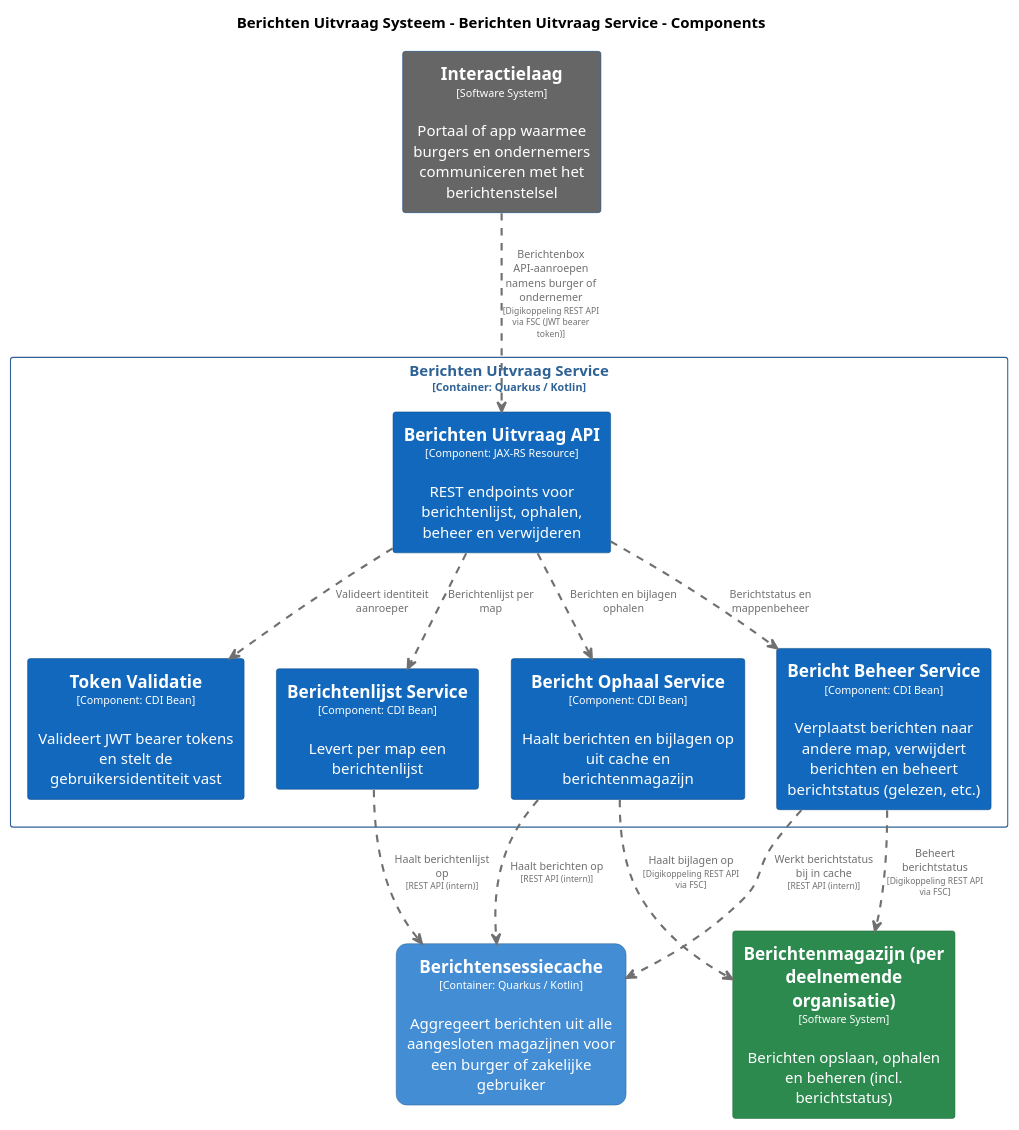
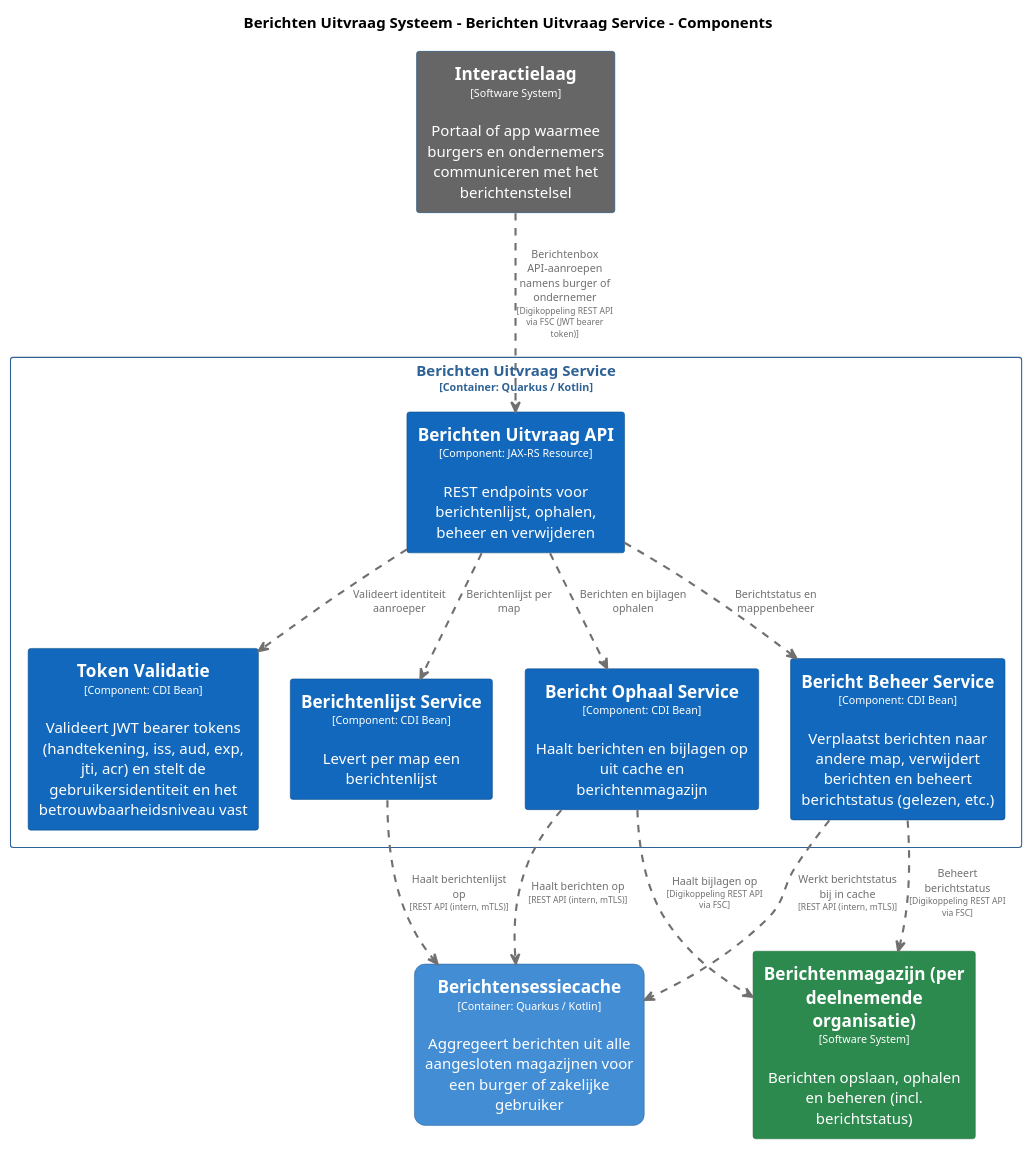
One commit to MinBZK/moza-poc-fbs-berichtenbox changed the diagram in pr-preview/pr-22/master/puml/BerichtenUitvraagServiceComponenten.puml. Above: the diagram before and after it, drawn with PlantUML. The commit also changed 40 other files, not shown here.

```diff
--- a/pr-preview/pr-22/master/puml/BerichtenUitvraagServiceComponenten.puml
+++ b/pr-preview/pr-22/master/puml/BerichtenUitvraagServiceComponenten.puml
@@ -1,95 +1,95 @@
 @startuml
 set separator none
 title Berichten Uitvraag Systeem - Berichten Uitvraag Service - Components
 
 top to bottom direction
 skinparam ranksep 60
 skinparam nodesep 30
 
 skinparam {
   arrowFontSize 10
   defaultTextAlignment center
   wrapWidth 200
   maxMessageSize 100
 }
 
 hide stereotype
 
 skinparam rectangle<<BerichtenUitvraagSysteem.BerichtenUitvraagService.BerichtBeheerService>> {
   BackgroundColor #1168bd
   FontColor #ffffff
   BorderColor #0b4884
   shadowing false
 }
 skinparam rectangle<<BerichtenUitvraagSysteem.BerichtenUitvraagService.BerichtOphaalService>> {
   BackgroundColor #1168bd
   FontColor #ffffff
   BorderColor #0b4884
   shadowing false
 }
 skinparam rectangle<<BerichtenUitvraagSysteem.BerichtenUitvraagService.BerichtenUitvraagAPI>> {
   BackgroundColor #1168bd
   FontColor #ffffff
   BorderColor #0b4884
   shadowing false
 }
 skinparam rectangle<<BerichtenUitvraagSysteem.BerichtenUitvraagService.BerichtenlijstService>> {
   BackgroundColor #1168bd
   FontColor #ffffff
   BorderColor #0b4884
   shadowing false
 }
 skinparam rectangle<<Berichtenmagazijnperdeelnemendeorganisatie>> {
   BackgroundColor #2d8a4e
   FontColor #ffffff
   BorderColor #1e6b38
   shadowing false
 }
 skinparam rectangle<<BerichtenUitvraagSysteem.Berichtensessiecache>> {
   BackgroundColor #438dd5
   FontColor #ffffff
   BorderColor #2e6295
   roundCorner 20
   shadowing false
 }
 skinparam rectangle<<Interactielaag>> {
   BackgroundColor #666666
   FontColor #ffffff
   BorderColor #0b4884
   shadowing false
 }
 skinparam rectangle<<BerichtenUitvraagSysteem.BerichtenUitvraagService.TokenValidatie>> {
   BackgroundColor #1168bd
   FontColor #ffffff
   BorderColor #0b4884
   shadowing false
 }
 skinparam rectangle<<BerichtenUitvraagSysteem.BerichtenUitvraagService>> {
   BorderColor #2e6295
   FontColor #2e6295
   shadowing false
 }
 
 rectangle "==Interactielaag\n<size:10>[Software System]</size>\n\nPortaal of app waarmee burgers en ondernemers communiceren met het berichtenstelsel" <<Interactielaag>> as Interactielaag
 rectangle "==Berichtenmagazijn (per deelnemende organisatie)\n<size:10>[Software System]</size>\n\nBerichten opslaan, ophalen en beheren (incl. berichtstatus)" <<Berichtenmagazijnperdeelnemendeorganisatie>> as Berichtenmagazijnperdeelnemendeorganisatie
 rectangle "==Berichtensessiecache\n<size:10>[Container: Quarkus / Kotlin]</size>\n\nAggregeert berichten uit alle aangesloten magazijnen voor een burger of zakelijke gebruiker" <<BerichtenUitvraagSysteem.Berichtensessiecache>> as BerichtenUitvraagSysteem.Berichtensessiecache
 
 rectangle "Berichten Uitvraag Service\n<size:10>[Container: Quarkus / Kotlin]</size>" <<BerichtenUitvraagSysteem.BerichtenUitvraagService>> {
   rectangle "==Berichten Uitvraag API\n<size:10>[Component: JAX-RS Resource]</size>\n\nREST endpoints voor berichtenlijst, ophalen, beheer en verwijderen" <<BerichtenUitvraagSysteem.BerichtenUitvraagService.BerichtenUitvraagAPI>> as BerichtenUitvraagSysteem.BerichtenUitvraagService.BerichtenUitvraagAPI
-  rectangle "==Token Validatie\n<size:10>[Component: CDI Bean]</size>\n\nValideert JWT bearer tokens en stelt de gebruikersidentiteit vast" <<BerichtenUitvraagSysteem.BerichtenUitvraagService.TokenValidatie>> as BerichtenUitvraagSysteem.BerichtenUitvraagService.TokenValidatie
+  rectangle "==Token Validatie\n<size:10>[Component: CDI Bean]</size>\n\nValideert JWT bearer tokens (handtekening, iss, aud, exp, jti, acr) en stelt de gebruikersidentiteit en het betrouwbaarheidsniveau vast" <<BerichtenUitvraagSysteem.BerichtenUitvraagService.TokenValidatie>> as BerichtenUitvraagSysteem.BerichtenUitvraagService.TokenValidatie
   rectangle "==Berichtenlijst Service\n<size:10>[Component: CDI Bean]</size>\n\nLevert per map een berichtenlijst" <<BerichtenUitvraagSysteem.BerichtenUitvraagService.BerichtenlijstService>> as BerichtenUitvraagSysteem.BerichtenUitvraagService.BerichtenlijstService
   rectangle "==Bericht Ophaal Service\n<size:10>[Component: CDI Bean]</size>\n\nHaalt berichten en bijlagen op uit cache en berichtenmagazijn" <<BerichtenUitvraagSysteem.BerichtenUitvraagService.BerichtOphaalService>> as BerichtenUitvraagSysteem.BerichtenUitvraagService.BerichtOphaalService
   rectangle "==Bericht Beheer Service\n<size:10>[Component: CDI Bean]</size>\n\nVerplaatst berichten naar andere map, verwijdert berichten en beheert berichtstatus (gelezen, etc.)" <<BerichtenUitvraagSysteem.BerichtenUitvraagService.BerichtBeheerService>> as BerichtenUitvraagSysteem.BerichtenUitvraagService.BerichtBeheerService
 }
 
 BerichtenUitvraagSysteem.BerichtenUitvraagService.BerichtenUitvraagAPI .[#707070,thickness=2].> BerichtenUitvraagSysteem.BerichtenUitvraagService.TokenValidatie : "<color:#707070>Valideert identiteit aanroeper"
 BerichtenUitvraagSysteem.BerichtenUitvraagService.BerichtenUitvraagAPI .[#707070,thickness=2].> BerichtenUitvraagSysteem.BerichtenUitvraagService.BerichtenlijstService : "<color:#707070>Berichtenlijst per map"
 BerichtenUitvraagSysteem.BerichtenUitvraagService.BerichtenUitvraagAPI .[#707070,thickness=2].> BerichtenUitvraagSysteem.BerichtenUitvraagService.BerichtOphaalService : "<color:#707070>Berichten en bijlagen ophalen"
 BerichtenUitvraagSysteem.BerichtenUitvraagService.BerichtenUitvraagAPI .[#707070,thickness=2].> BerichtenUitvraagSysteem.BerichtenUitvraagService.BerichtBeheerService : "<color:#707070>Berichtstatus en mappenbeheer"
-BerichtenUitvraagSysteem.BerichtenUitvraagService.BerichtOphaalService .[#707070,thickness=2].> BerichtenUitvraagSysteem.Berichtensessiecache : "<color:#707070>Haalt berichten op\n<color:#707070><size:8>[REST API (intern)]</size>"
-BerichtenUitvraagSysteem.BerichtenUitvraagService.BerichtenlijstService .[#707070,thickness=2].> BerichtenUitvraagSysteem.Berichtensessiecache : "<color:#707070>Haalt berichtenlijst op\n<color:#707070><size:8>[REST API (intern)]</size>"
-BerichtenUitvraagSysteem.BerichtenUitvraagService.BerichtBeheerService .[#707070,thickness=2].> BerichtenUitvraagSysteem.Berichtensessiecache : "<color:#707070>Werkt berichtstatus bij in cache\n<color:#707070><size:8>[REST API (intern)]</size>"
+BerichtenUitvraagSysteem.BerichtenUitvraagService.BerichtOphaalService .[#707070,thickness=2].> BerichtenUitvraagSysteem.Berichtensessiecache : "<color:#707070>Haalt berichten op\n<color:#707070><size:8>[REST API (intern, mTLS)]</size>"
+BerichtenUitvraagSysteem.BerichtenUitvraagService.BerichtenlijstService .[#707070,thickness=2].> BerichtenUitvraagSysteem.Berichtensessiecache : "<color:#707070>Haalt berichtenlijst op\n<color:#707070><size:8>[REST API (intern, mTLS)]</size>"
+BerichtenUitvraagSysteem.BerichtenUitvraagService.BerichtBeheerService .[#707070,thickness=2].> BerichtenUitvraagSysteem.Berichtensessiecache : "<color:#707070>Werkt berichtstatus bij in cache\n<color:#707070><size:8>[REST API (intern, mTLS)]</size>"
 Interactielaag .[#707070,thickness=2].> BerichtenUitvraagSysteem.BerichtenUitvraagService.BerichtenUitvraagAPI : "<color:#707070>Berichtenbox API-aanroepen namens burger of ondernemer\n<color:#707070><size:8>[Digikoppeling REST API via FSC (JWT bearer token)]</size>"
 BerichtenUitvraagSysteem.BerichtenUitvraagService.BerichtOphaalService .[#707070,thickness=2].> Berichtenmagazijnperdeelnemendeorganisatie : "<color:#707070>Haalt bijlagen op\n<color:#707070><size:8>[Digikoppeling REST API via FSC]</size>"
 BerichtenUitvraagSysteem.BerichtenUitvraagService.BerichtBeheerService .[#707070,thickness=2].> Berichtenmagazijnperdeelnemendeorganisatie : "<color:#707070>Beheert berichtstatus\n<color:#707070><size:8>[Digikoppeling REST API via FSC]</size>"
 @enduml
```
